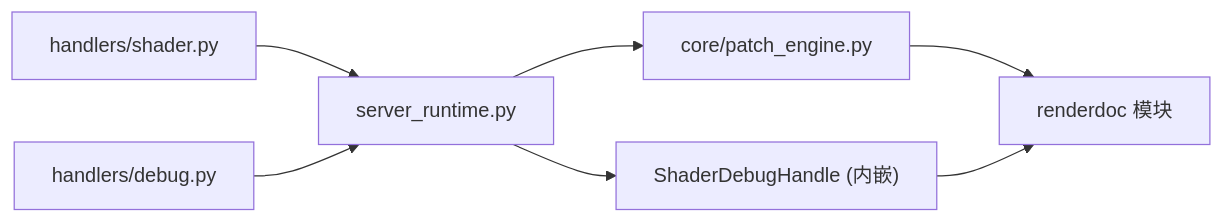
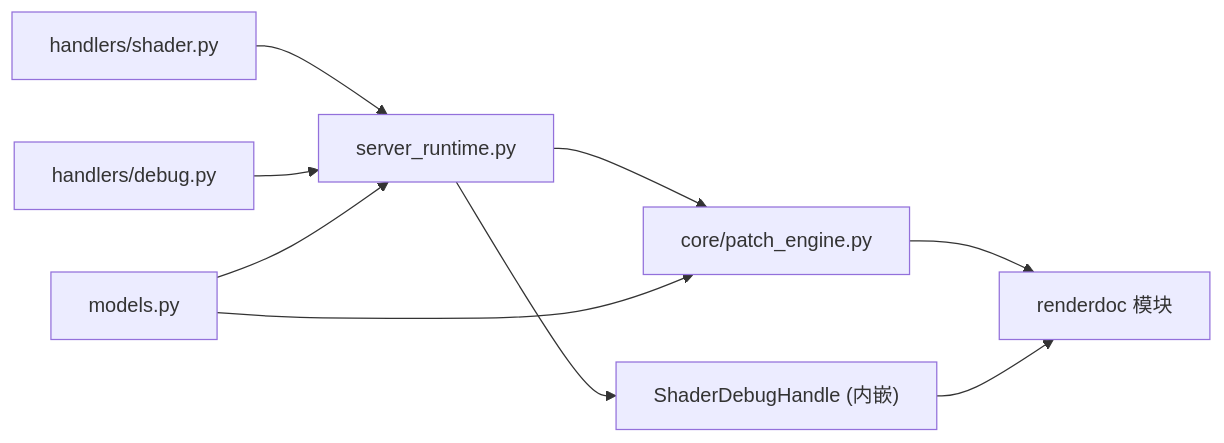
Before and after one commit to haolange/RDC-Tool: the seventh of 7 diagrams in .qoder/repowiki/zh/content/处理器模块/Shader调试处理器.md, drawn with Mermaid. The commit also changed other lines of this file and 96 other files, not shown here.

````diff
--- a/.qoder/repowiki/zh/content/处理器模块/Shader调试处理器.md
+++ b/.qoder/repowiki/zh/content/处理器模块/Shader调试处理器.md
@@ -301,9 +351,11 @@
 ```mermaid
 graph LR
 H1["handlers/shader.py"] --> R["server_runtime.py"]
 H2["handlers/debug.py"] --> R
 R --> P["core/patch_engine.py"]
 R --> SDH["ShaderDebugHandle (内嵌)"]
 P --> RD["renderdoc 模块"]
 SDH --> RD
+M["models.py"] --> P
+M --> R
 ```
````
